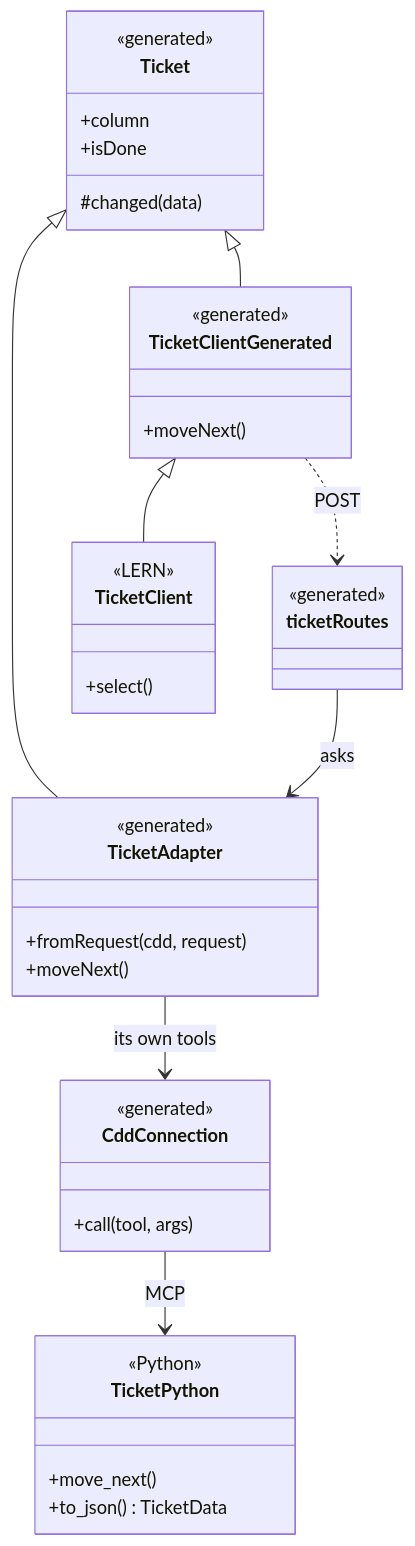
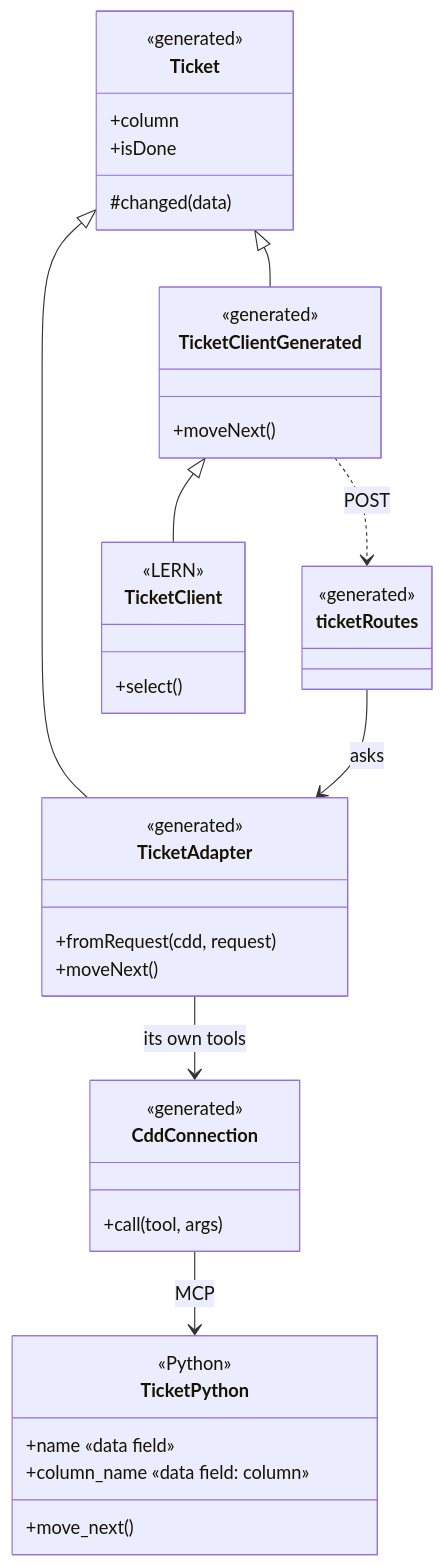
The first of 2 diagrams in cdd_guidance/patterns/cdd_web_domain_access/cdd_web_domain_access.md (abd-works/abd-context-driven-delivery), drawn with Mermaid before and after one commit. The commit also changed other lines of this file and 69 other files, not shown here.

````diff
--- a/cdd_guidance/patterns/cdd_web_domain_access/cdd_web_domain_access.md
+++ b/cdd_guidance/patterns/cdd_web_domain_access/cdd_web_domain_access.md
@@ -37,42 +37,43 @@
 ```mermaid
 classDiagram
   class TicketPython {
     <<Python>>
     +move_next()
-    +to_json() TicketData
+    +name «data field»
+    +column_name «data field: column»
   }
   class Ticket {
     <<generated>>
     +column
     +isDone
     #changed(data)
   }
   class TicketAdapter {
     <<generated>>
     +fromRequest(cdd, request)
     +moveNext()
   }
   class TicketClientGenerated {
     <<generated>>
     +moveNext()
   }
   class ticketRoutes {
     <<generated>>
   }
   class CddConnection {
     <<generated>>
     +call(tool, args)
   }
   class TicketClient {
     <<LERN>>
     +select()
   }
 
   Ticket <|-- TicketAdapter
   Ticket <|-- TicketClientGenerated
   TicketClientGenerated <|-- TicketClient
   TicketClientGenerated ..> ticketRoutes : POST
   ticketRoutes --> TicketAdapter : asks
   TicketAdapter --> CddConnection : its own tools
   CddConnection --> TicketPython : MCP
 ```
````
